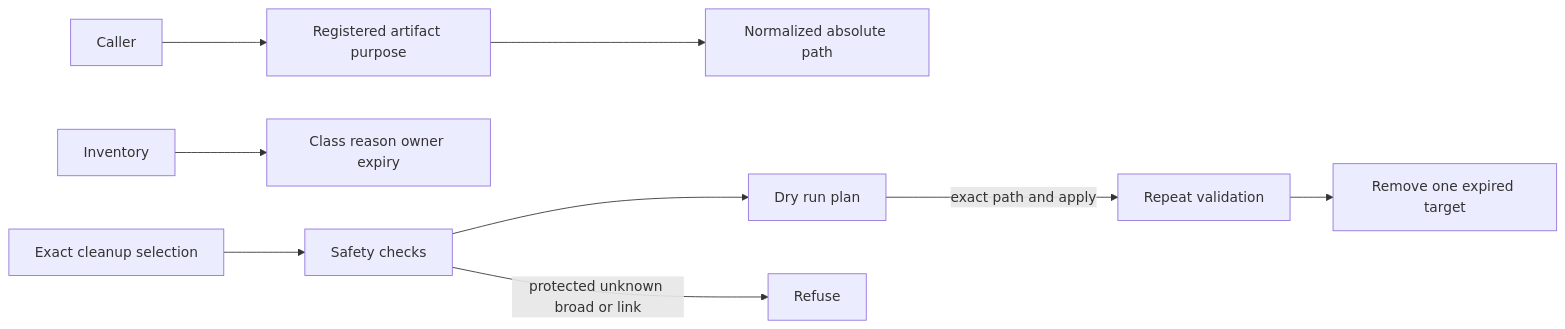
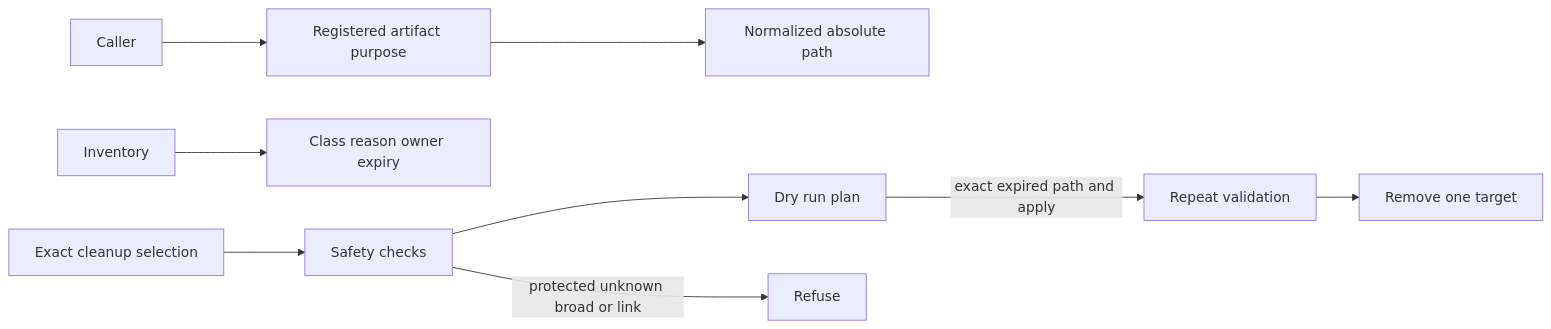
The diagram in wiki/modules/generated-workspace-retention.md (alexwck/dbcode-wrapper), drawn with Mermaid before and after one commit. The commit also changed other lines of this file and 10 other files, not shown here.

````diff
--- a/wiki/modules/generated-workspace-retention.md
+++ b/wiki/modules/generated-workspace-retention.md
@@ -35,11 +33,11 @@
 ```mermaid
 flowchart LR
   C[Caller] --> R[Registered artifact purpose]
   R --> N[Normalized absolute path]
   I[Inventory] --> P[Class reason owner expiry]
   S[Exact cleanup selection] --> G[Safety checks]
   G --> D[Dry run plan]
-  D -->|exact path and apply| V[Repeat validation]
-  V --> X[Remove one expired target]
+  D -->|exact expired path and apply| V[Repeat validation]
+  V --> X[Remove one target]
   G -->|protected unknown broad or link| F[Refuse]
 ```
````
